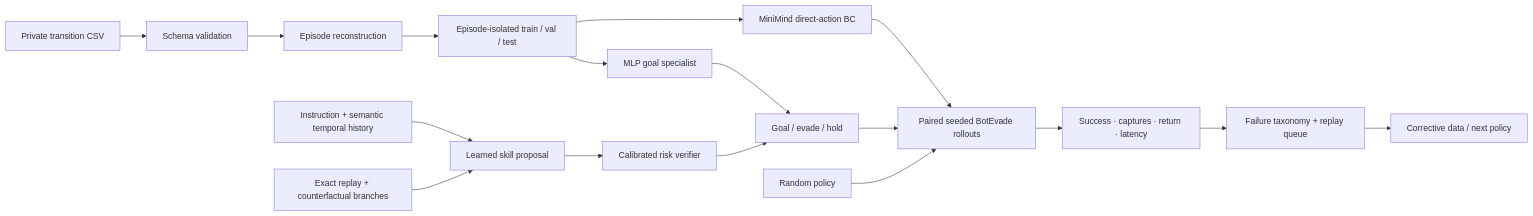
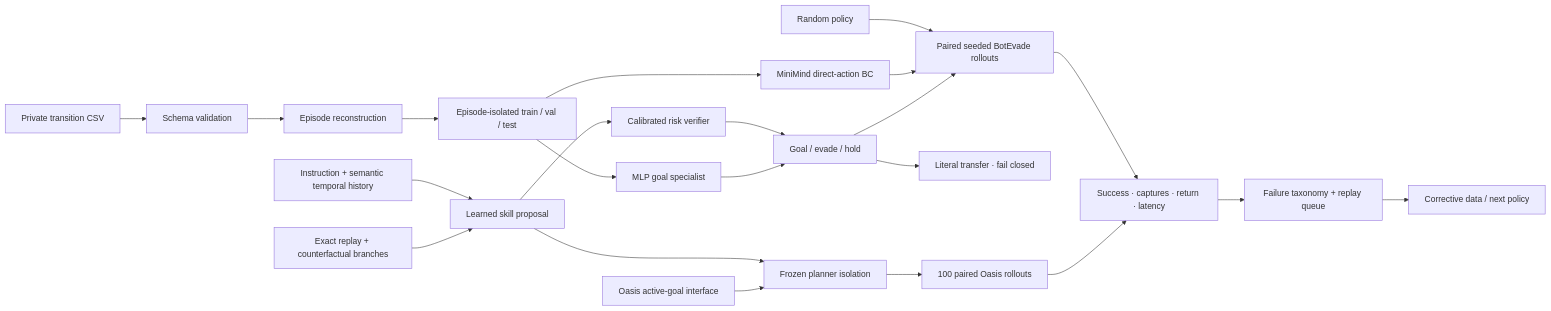
One commit to hanshuo-shuo/MouseMind changed the diagram in mouse_llm/README.md. Above: the diagram before and after it, drawn with Mermaid. The commit also changed other lines of this file and 14 other files, not shown here.

````diff
--- a/mouse_llm/README.md
+++ b/mouse_llm/README.md
@@ -83,19 +100,24 @@
 ```mermaid
 flowchart LR
     A["Private transition CSV"] --> B["Schema validation"]
     B --> C["Episode reconstruction"]
     C --> D["Episode-isolated train / val / test"]
     D --> E["MiniMind direct-action BC"]
     D --> F["MLP goal specialist"]
     I["Instruction + semantic temporal history"] --> P["Learned skill proposal"]
     C2["Exact replay + counterfactual branches"] --> P
     P --> V["Calibrated risk verifier"]
     V --> Q["Goal / evade / hold"]
     F --> Q
     G["Random policy"] --> H["Paired seeded BotEvade rollouts"]
     E --> H
     Q --> H
+    Q --> T["Literal transfer · fail closed"]
+    P --> U["Frozen planner isolation"]
+    R["Oasis active-goal interface"] --> U
+    U --> O["100 paired Oasis rollouts"]
     H --> J["Success · captures · return · latency"]
+    O --> J
     J --> K["Failure taxonomy + replay queue"]
     K --> L["Corrective data / next policy"]
 ```
````
